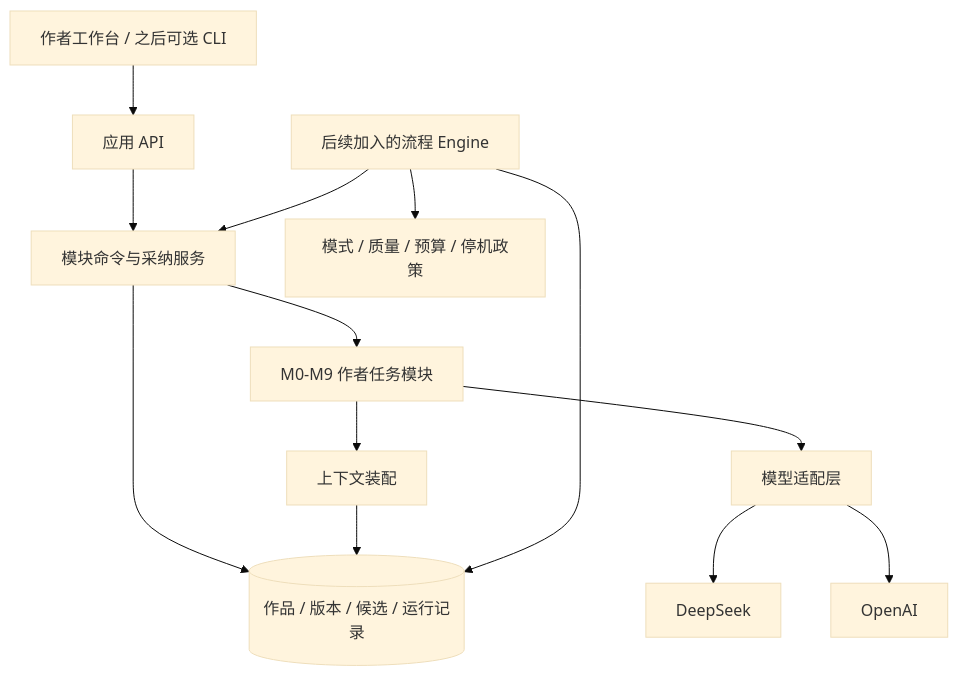
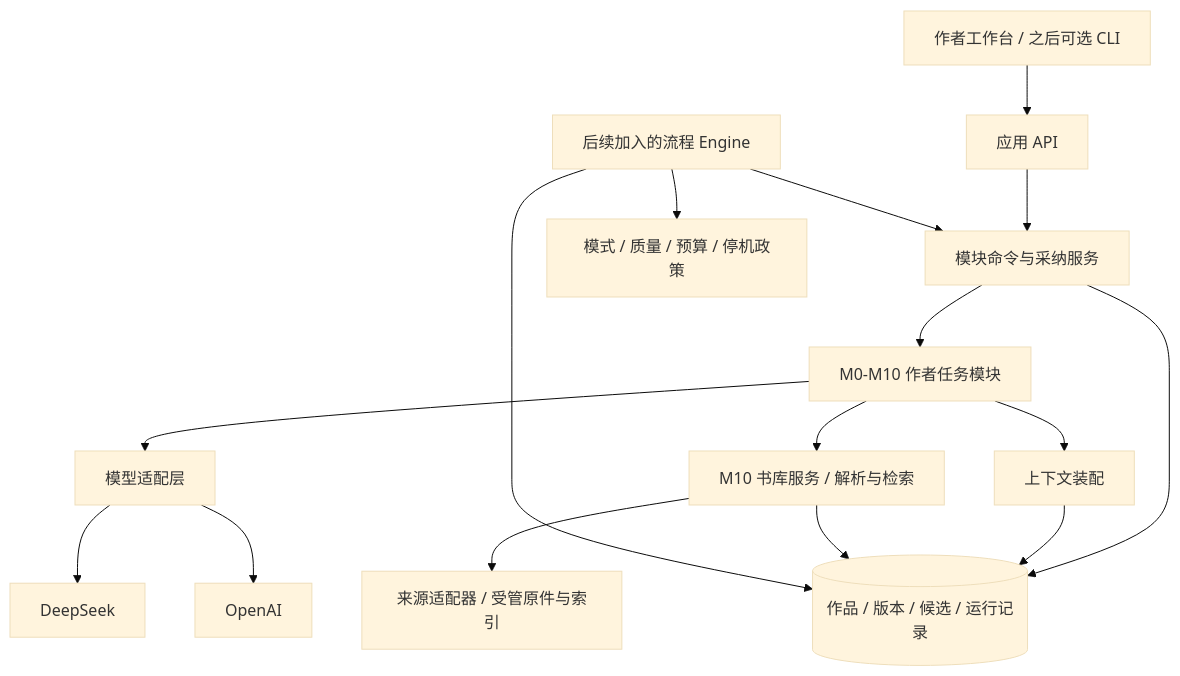
The first of 2 diagrams in 03-Agent与工程架构设计.md (matthewdailytools/ainovel), drawn with Mermaid (base theme) before and after one commit. The commit also changed other lines of this file and 7 other files, not shown here.

````diff
--- a/03-Agent与工程架构设计.md
+++ b/03-Agent与工程架构设计.md
@@ -26,15 +26,18 @@
 ```mermaid
 flowchart TB
     UI[作者工作台 / 之后可选 CLI] --> API[应用 API]
     API --> CMD[模块命令与采纳服务]
-    CMD --> MOD[M0-M9 作者任务模块]
+    CMD --> MOD[M0-M10 作者任务模块]
     MOD --> CTX[上下文装配]
     MOD --> MODEL[模型适配层]
     CMD --> DB[(作品 / 版本 / 候选 / 运行记录)]
     CTX --> DB
+    MOD --> LIB[M10 书库服务 / 解析与检索]
+    LIB --> SRC[来源适配器 / 受管原件与索引]
+    LIB --> DB
     RUN[后续加入的流程 Engine] --> CMD
     RUN --> POLICY[模式 / 质量 / 预算 / 停机政策]
     RUN --> DB
     MODEL --> DS[DeepSeek]
     MODEL --> OAI[OpenAI]
 ```
````
